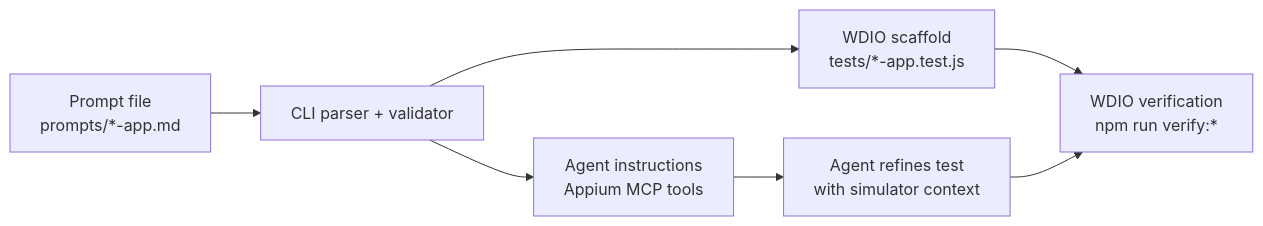
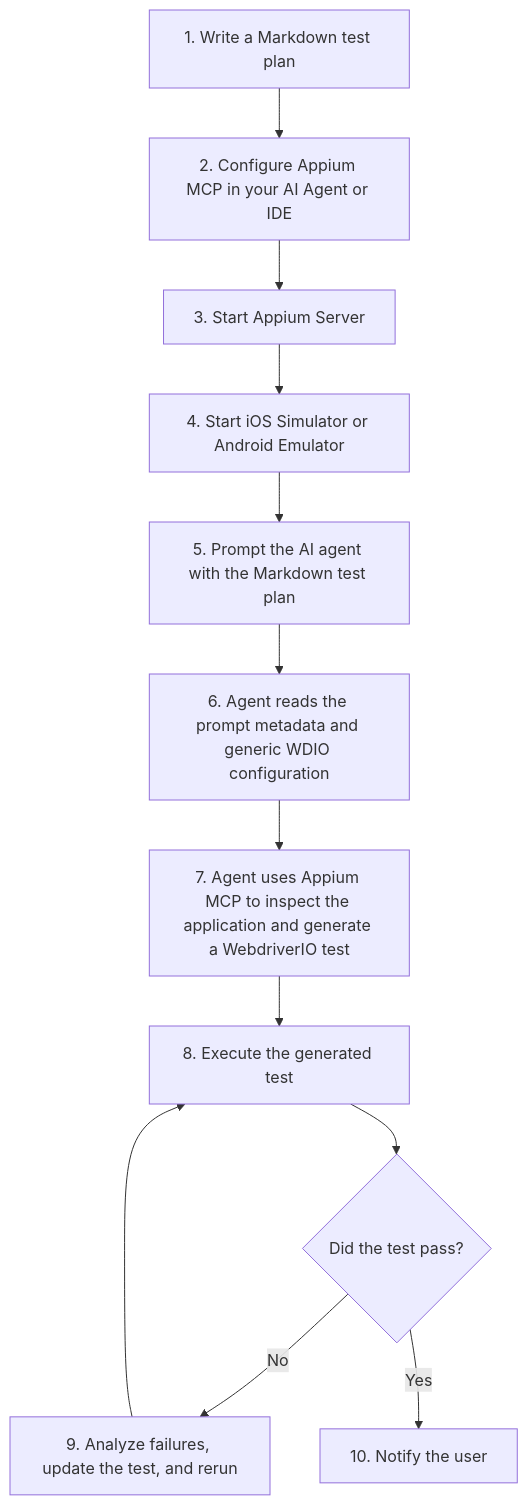
The diagram in README.md (yashwant-das/ai-js-appium-mcp), drawn with Mermaid before and after one commit. The commit also changed other lines of this file and 24 other files, not shown here.

Commit message:
refactor: remove prototype CLI code and consolidate WDIO configuration

````diff
--- a/README.md
+++ b/README.md
@@ -24,9 +36,14 @@
 ```mermaid
-graph LR
-    A["Prompt file\nprompts/*-app.md"] --> B["CLI parser + validator"]
-    B --> C["WDIO scaffold\ntests/*-app.test.js"]
-    B --> D["Agent instructions\nAppium MCP tools"]
-    D --> E["Agent refines test\nwith simulator context"]
-    C --> F["WDIO verification\nnpm run verify:*"]
-    E --> F
+graph TD
+    A["1. Write a Markdown test plan"] --> B["2. Configure Appium MCP in your AI Agent or IDE"]
+    B --> C["3. Start Appium Server"]
+    C --> D["4. Start iOS Simulator or Android Emulator"]
+    D --> E["5. Prompt the AI agent with the Markdown test plan"]
+    E --> F["6. Agent reads the prompt metadata and generic WDIO configuration"]
+    F --> G["7. Agent uses Appium MCP to inspect the application and generate a WebdriverIO test"]
+    G --> H["8. Execute the generated test"]
+    H --> I{"Did the test pass?"}
+    I -- No --> J["9. Analyze failures, update the test, and rerun"]
+    J --> H
+    I -- Yes --> K["10. Notify the user"]
 ```
````
